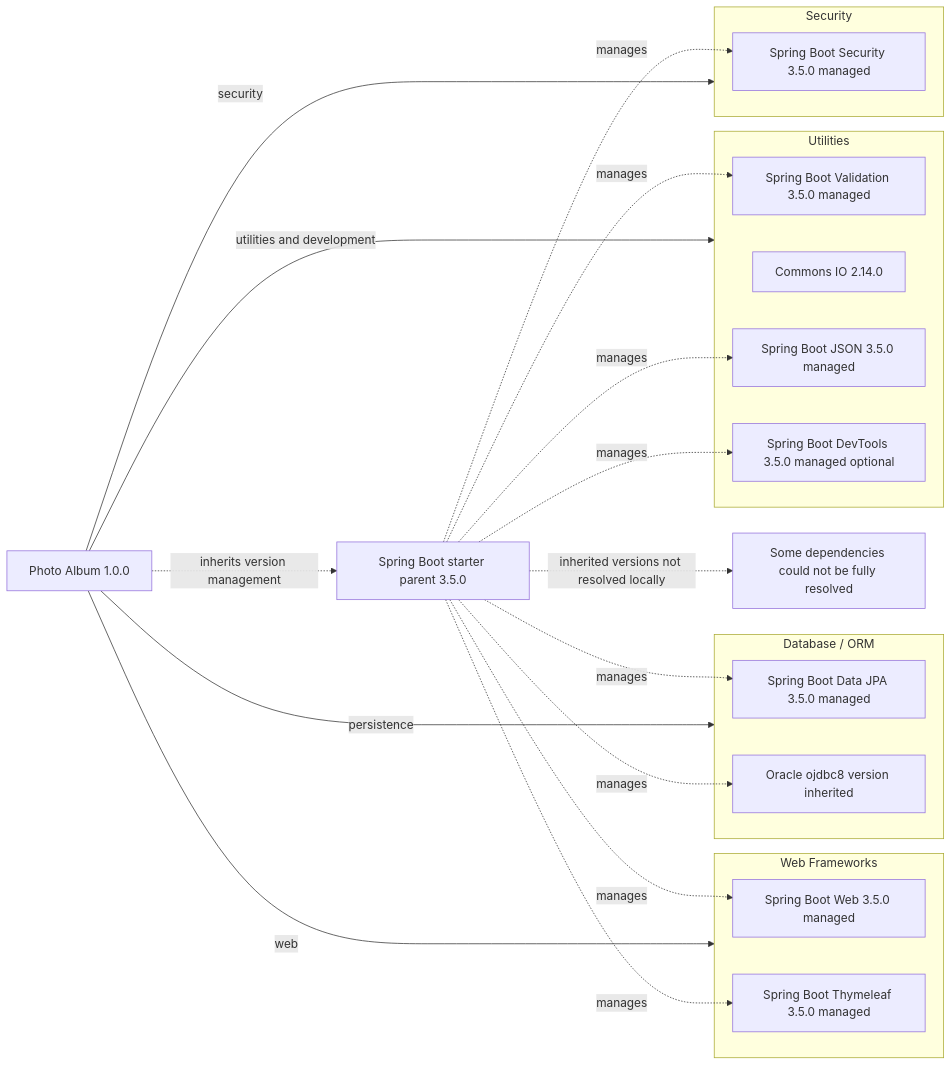
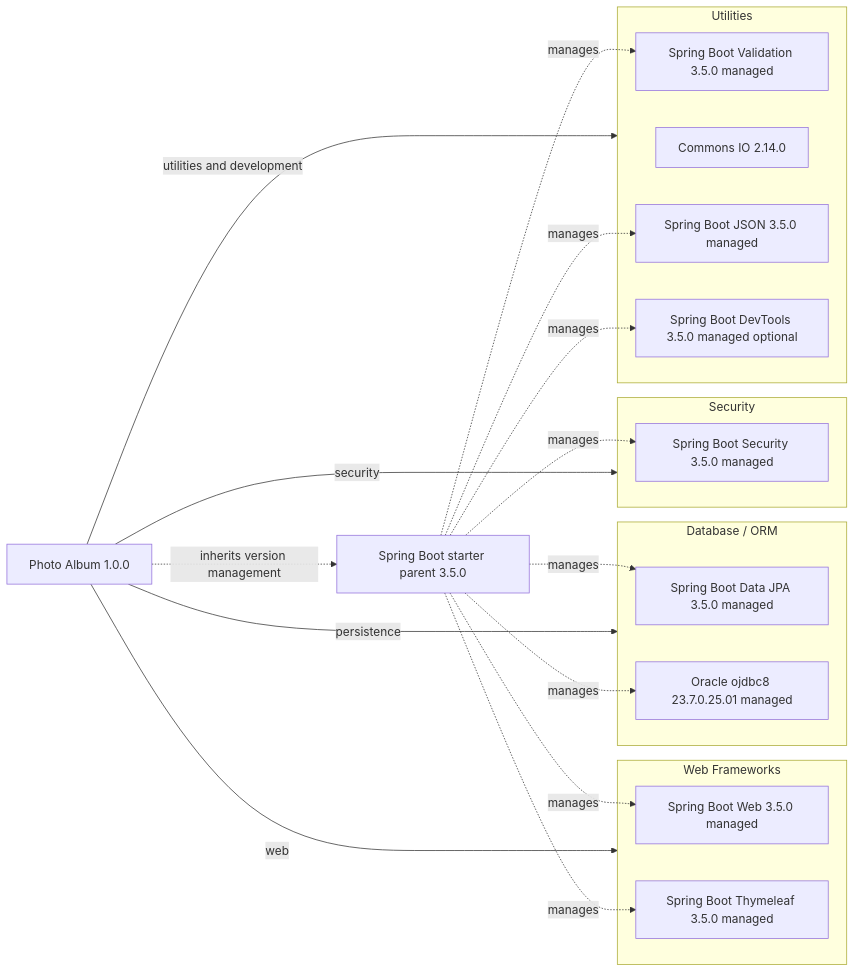
The diagram in .github/modernize/assessment/reports/report-20261027012159/facts/dependency-map.md (kaushganguly/PhotoAlbum-Java-Lite), drawn with Mermaid before and after one commit. The commit also changed other lines of this file and 126 other files, not shown here.

````diff
--- a/.github/modernize/assessment/reports/report-20261027012159/facts/dependency-map.md
+++ b/.github/modernize/assessment/reports/report-20261027012159/facts/dependency-map.md
@@ -7,39 +9,37 @@
 ```mermaid
 flowchart LR
     App["Photo Album 1.0.0"]
     Parent["Spring Boot starter parent 3.5.0"]
-    Note["Some dependencies could not be fully resolved"]
 
     subgraph Web["Web Frameworks"]
         WebStarter["Spring Boot Web 3.5.0 managed"]
         Thymeleaf["Spring Boot Thymeleaf 3.5.0 managed"]
     end
     subgraph DB["Database / ORM"]
         JPA["Spring Boot Data JPA 3.5.0 managed"]
-        Oracle["Oracle ojdbc8 version inherited"]
+        Oracle["Oracle ojdbc8 23.7.0.25.01 managed"]
     end
     subgraph Sec["Security"]
         Security["Spring Boot Security 3.5.0 managed"]
     end
     subgraph Util["Utilities"]
         Validation["Spring Boot Validation 3.5.0 managed"]
         IO["Commons IO 2.14.0"]
         JSON["Spring Boot JSON 3.5.0 managed"]
         DevTools["Spring Boot DevTools 3.5.0 managed optional"]
     end
 
     App -->|"web"| Web
     App -->|"persistence"| DB
     App -->|"security"| Sec
     App -->|"utilities and development"| Util
     App -.->|"inherits version management"| Parent
     Parent -.->|"manages"| WebStarter
     Parent -.->|"manages"| Thymeleaf
     Parent -.->|"manages"| JPA
     Parent -.->|"manages"| Oracle
     Parent -.->|"manages"| Security
     Parent -.->|"manages"| Validation
     Parent -.->|"manages"| JSON
     Parent -.->|"manages"| DevTools
-    Parent -.->|"inherited versions not resolved locally"| Note
 ```
````
